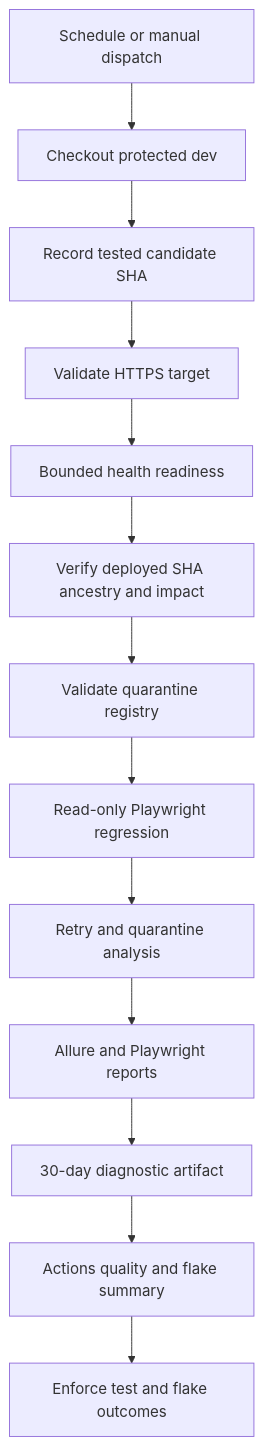
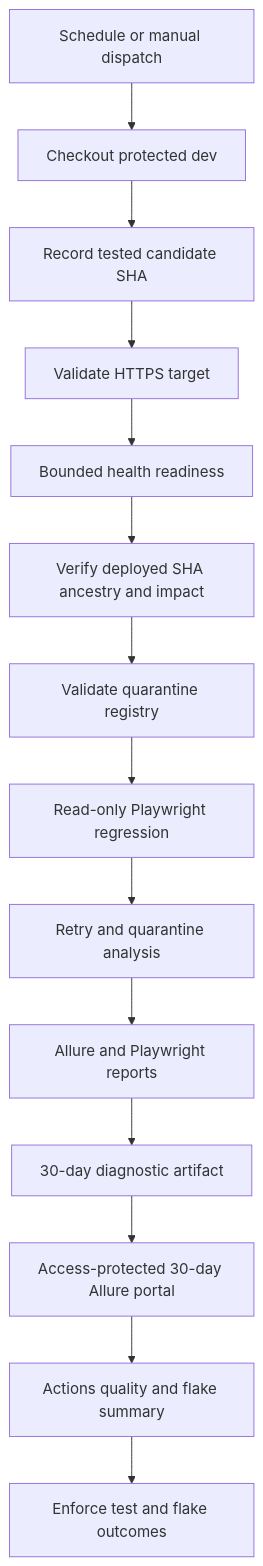
Before and after one commit to Shaobangzhu/chaoran-property-intelligence: the diagram in docs/runbooks/nightly-dev-regression.md, drawn with Mermaid. The commit also changed other lines of this file and 16 other files, not shown here.

First line of the commit message:
feat(ci): publish protected rolling Allure reports

````diff
--- a/docs/runbooks/nightly-dev-regression.md
+++ b/docs/runbooks/nightly-dev-regression.md
@@ -44,15 +48,16 @@
 ```mermaid
 flowchart TD
     Trigger[Schedule or manual dispatch] --> Checkout[Checkout protected dev]
     Checkout --> Candidate[Record tested candidate SHA]
     Candidate --> Config[Validate HTTPS target]
     Config --> Ready[Bounded health readiness]
     Ready --> Identity[Verify deployed SHA ancestry and impact]
     Identity --> Policy[Validate quarantine registry]
     Policy --> Regression[Read-only Playwright regression]
     Regression --> Analyze[Retry and quarantine analysis]
     Analyze --> Reports[Allure and Playwright reports]
     Reports --> Artifact[30-day diagnostic artifact]
-    Artifact --> Summary[Actions quality and flake summary]
+    Artifact --> Portal[Access-protected 30-day Allure portal]
+    Portal --> Summary[Actions quality and flake summary]
     Summary --> Gate[Enforce test and flake outcomes]
 ```
````
